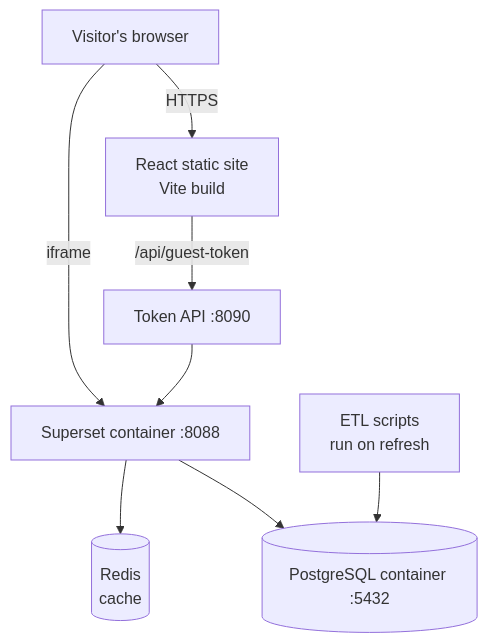
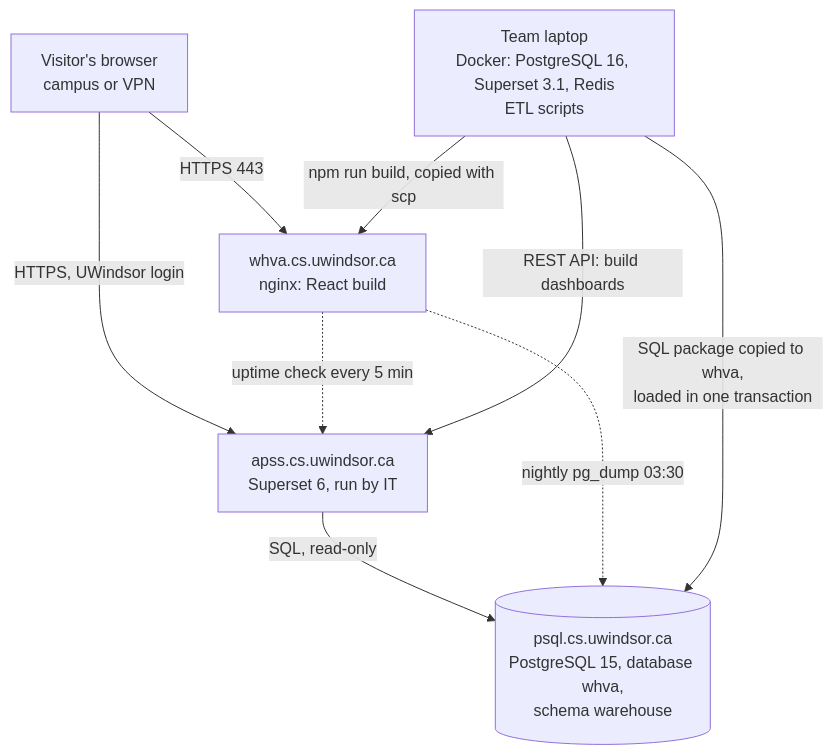
The second of 4 diagrams in docs/design_document.md (pateldhriti/visual-analytics-internship-project-2), drawn with Mermaid before and after one commit. The commit also changed other lines of this file, not shown here.

````diff
--- a/docs/design_document.md
+++ b/docs/design_document.md
@@ -97,10 +135,11 @@
 ```mermaid
 flowchart TB
-    U[Visitor's browser] -->|HTTPS| W[React static site<br/>Vite build]
-    U -->|iframe| S[Superset container :8088]
-    W -->|/api/guest-token| T[Token API :8090]
-    T --> S
-    S --> R[(Redis<br/>cache)]
-    S --> P[(PostgreSQL container :5432)]
-    E[ETL scripts<br/>run on refresh] --> P
+    U[Visitor's browser<br/>campus or VPN] -->|HTTPS 443| N[whva.cs.uwindsor.ca<br/>nginx: React build]
+    U -->|HTTPS, UWindsor login| A[apss.cs.uwindsor.ca<br/>Superset 6, run by IT]
+    A -->|SQL, read-only| P[(psql.cs.uwindsor.ca<br/>PostgreSQL 15, database whva,<br/>schema warehouse)]
+    N -.->|nightly pg_dump 03:30| P
+    N -.->|uptime check every 5 min| A
+    L[Team laptop<br/>Docker: PostgreSQL 16, Superset 3.1, Redis<br/>ETL scripts] -->|SQL package copied to whva,<br/>loaded in one transaction| P
+    L -->|REST API: build dashboards| A
+    L -->|npm run build, copied with scp| N
 ```
````
